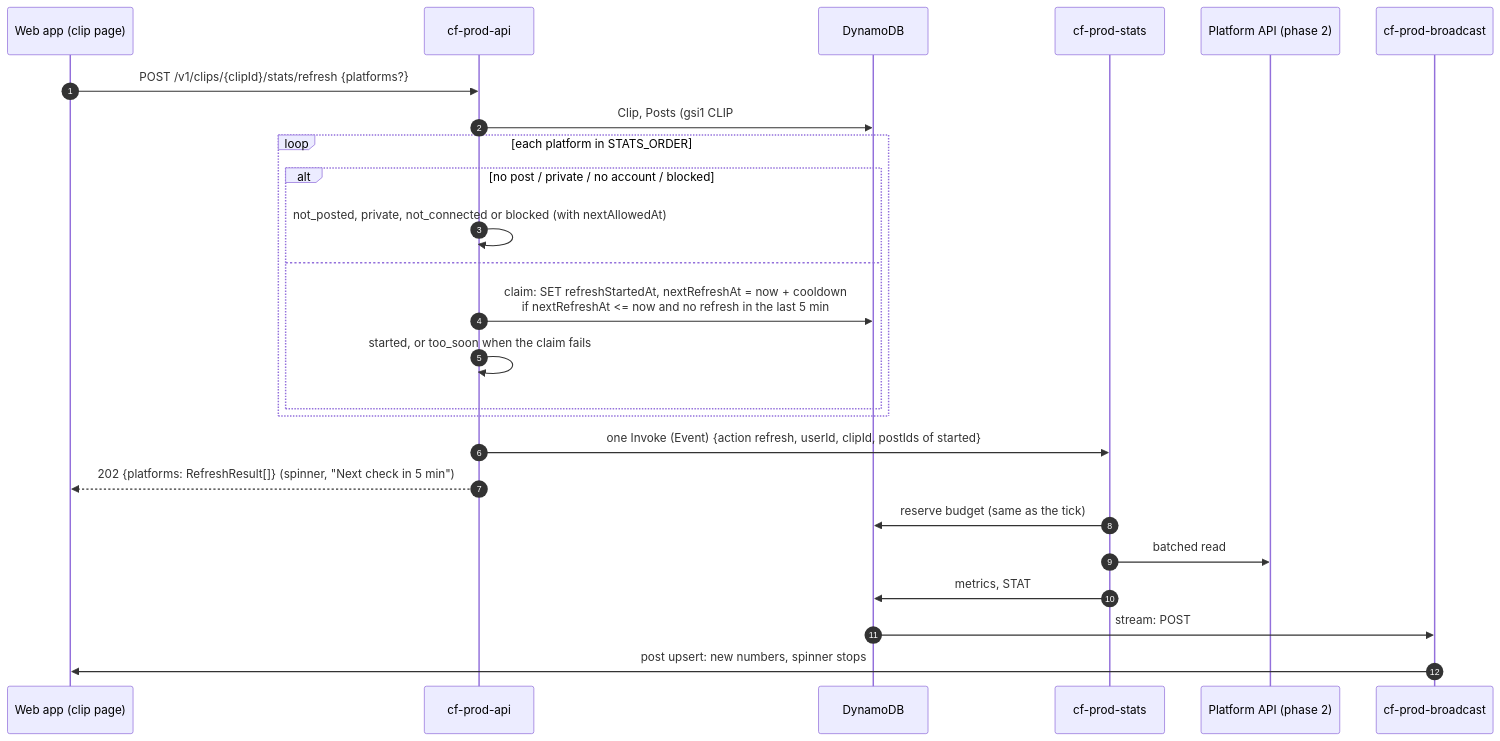
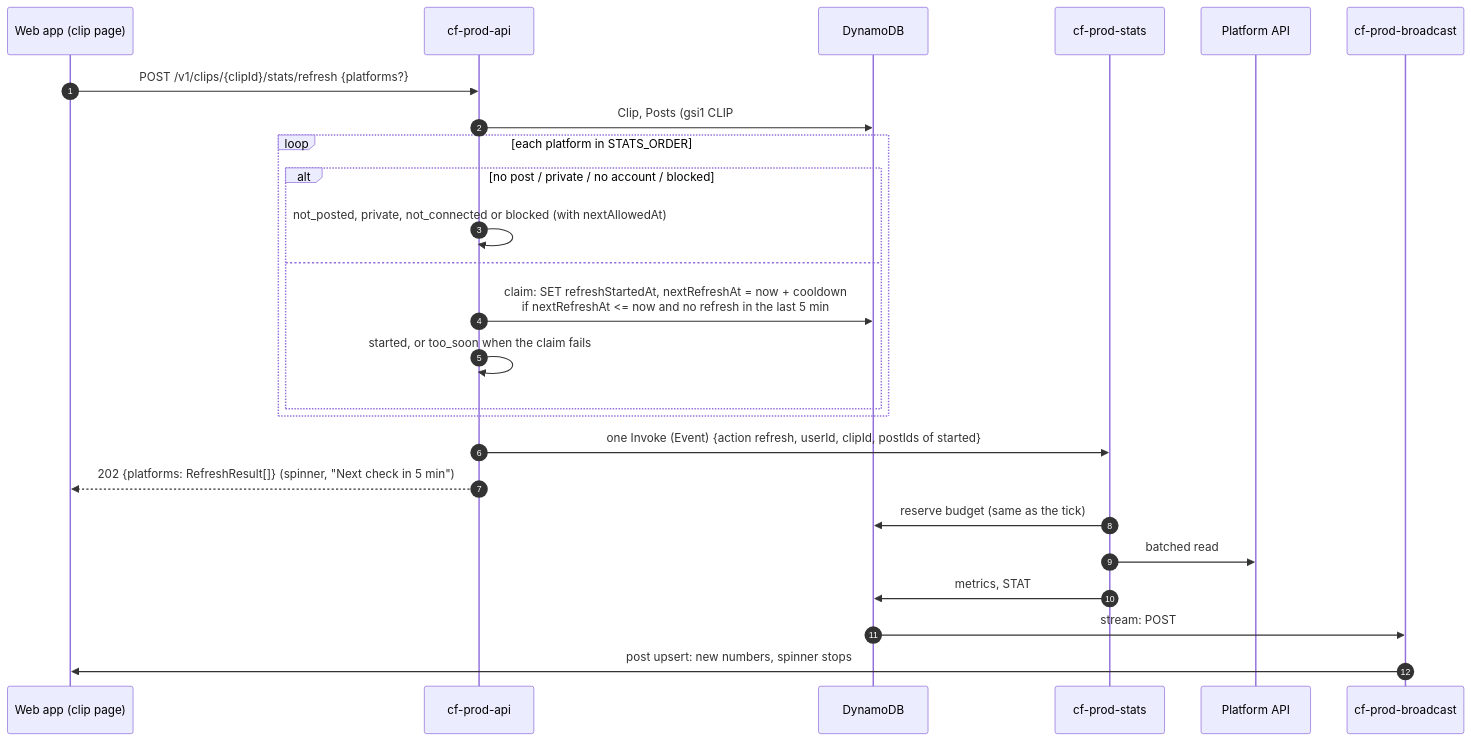
One commit to Lamo2real/clip-factory changed diagram 16 of 19 in docs/ARCHITECTURE.md. Above: the diagram before and after it, drawn with Mermaid. The commit also changed other lines of this file and 13 other files, not shown here.

````diff
--- a/docs/ARCHITECTURE.md
+++ b/docs/ARCHITECTURE.md
@@ -650,27 +671,27 @@
 ```mermaid
 sequenceDiagram
   autonumber
   participant W as Web app (clip page)
   participant A as cf-prod-api
   participant D as DynamoDB
   participant S as cf-prod-stats
-  participant P as Platform API (phase 2)
+  participant P as Platform API
   participant B as cf-prod-broadcast
   W->>A: POST /v1/clips/{clipId}/stats/refresh {platforms?}
   A->>D: Clip, Posts (gsi1 CLIP#), Accounts, RATE# budgets
   loop each platform in STATS_ORDER
     alt no post / private / no account / blocked
       A->>A: not_posted, private, not_connected or blocked (with nextAllowedAt)
     else
       A->>D: claim: SET refreshStartedAt, nextRefreshAt = now + cooldown<br/>if nextRefreshAt <= now and no refresh in the last 5 min
       A->>A: started, or too_soon when the claim fails
     end
   end
   A->>S: one Invoke (Event) {action refresh, userId, clipId, postIds of started}
   A-->>W: 202 {platforms: RefreshResult[]} (spinner, "Next check in 5 min")
   S->>D: reserve budget (same as the tick)
   S->>P: batched read
   S->>D: metrics, STAT#, then always REMOVE refreshStartedAt
   D->>B: stream: POST# changed
   B->>W: post upsert: new numbers, spinner stops
 ```
````
